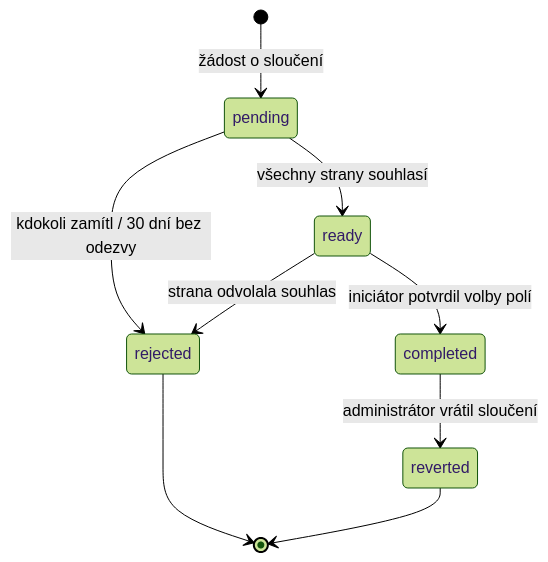
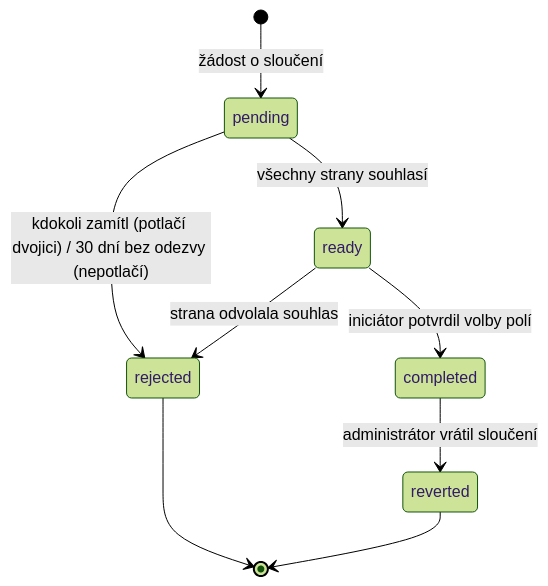
The diagram in docs/person-merge.md (jendamozna/du-doc), drawn with Mermaid (forest theme) before and after one commit. The commit also changed other lines of this file and 23 other files, not shown here.

````diff
--- a/docs/person-merge.md
+++ b/docs/person-merge.md
@@ -28,11 +29,11 @@
 ```mermaid
 stateDiagram-v2
     [*] --> pending : žádost o sloučení
     pending --> ready : všechny strany souhlasí
-    pending --> rejected : kdokoli zamítl / 30 dní bez odezvy
+    pending --> rejected : kdokoli zamítl (potlačí dvojici) / 30 dní bez odezvy (nepotlačí)
     ready --> completed : iniciátor potvrdil volby polí
     ready --> rejected : strana odvolala souhlas
     completed --> reverted : administrátor vrátil sloučení
     rejected --> [*]
     reverted --> [*]
 ```
````
